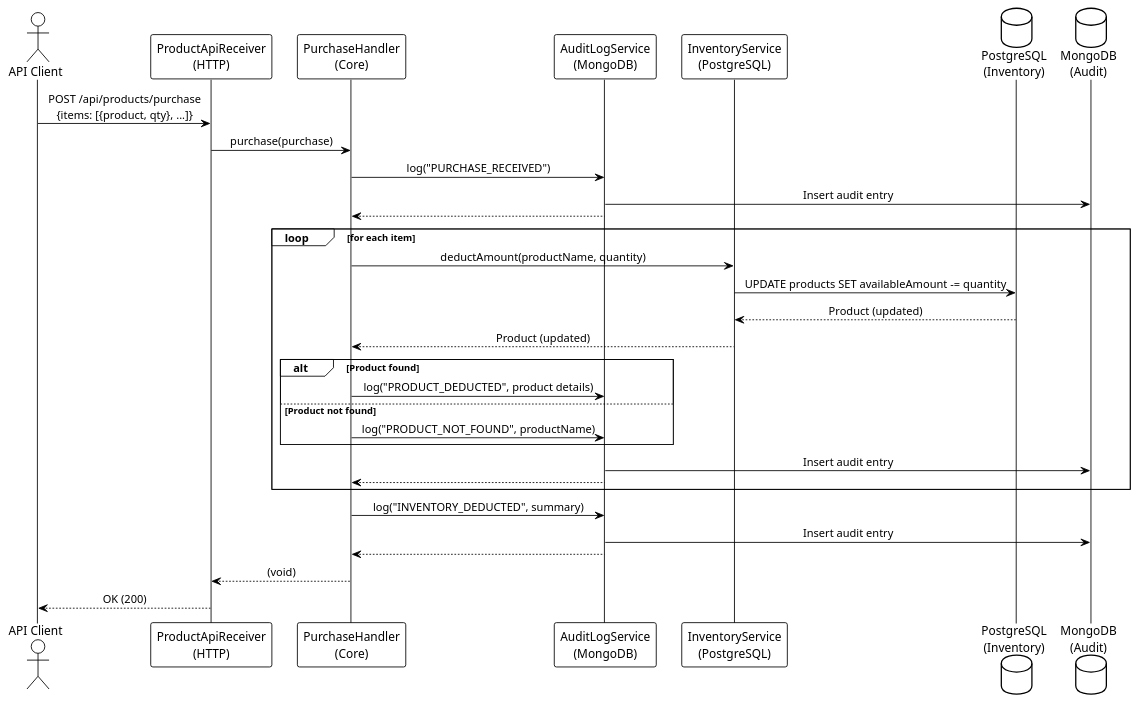
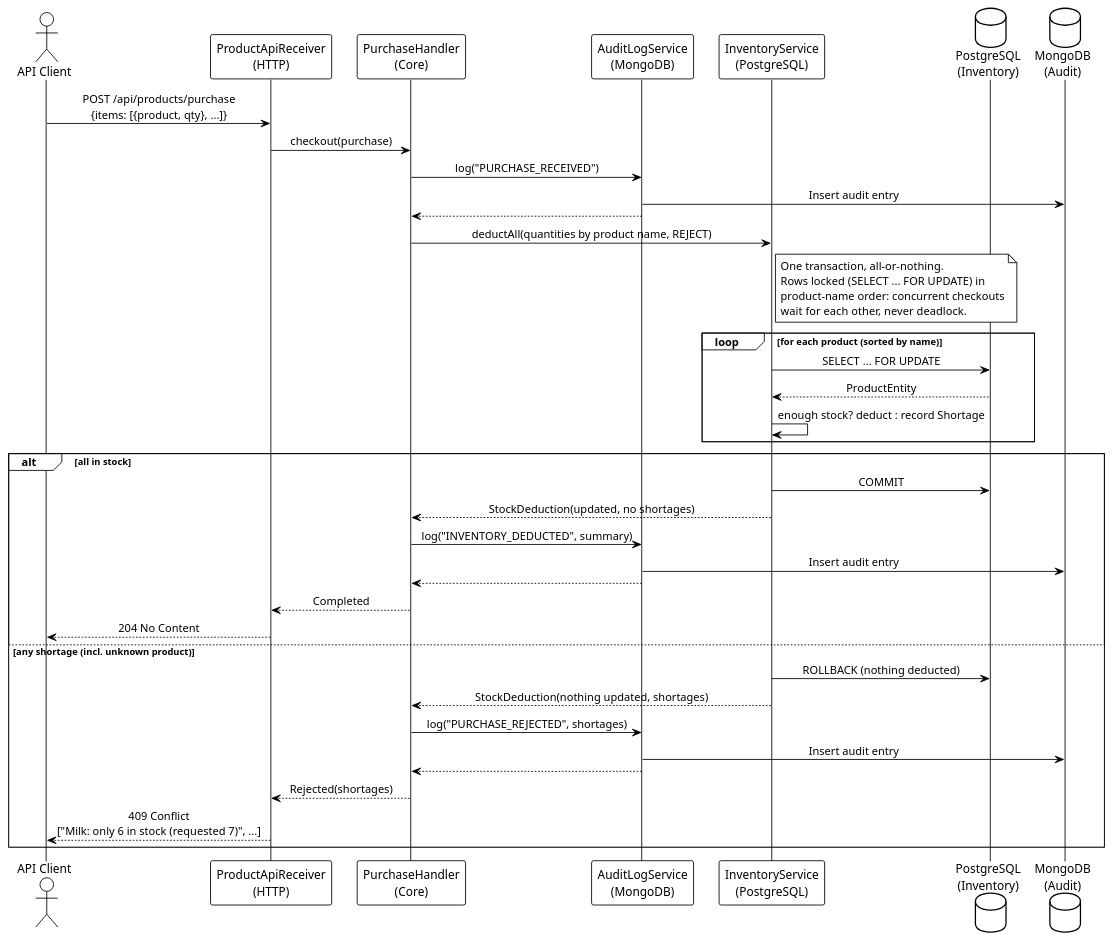
Before and after one commit to svene/2026-07-26_quarkus-hexagon-demo-mm-per-tech: the diagram in docs/architecture/flows/api-purchase.puml, drawn with PlantUML. The commit also changed 35 other files, not shown here.

```diff
--- a/docs/architecture/flows/api-purchase.puml
+++ b/docs/architecture/flows/api-purchase.puml
@@ -1,40 +1,50 @@
 @startuml api_purchase
 !theme plain
 skinparam sequenceMessageAlign center
 skinparam backgroundColor #ffffff
 
 actor "API Client" as user
 participant "ProductApiReceiver\n(HTTP)" as receiver
 participant "PurchaseHandler\n(Core)" as handler
 participant "AuditLogService\n(MongoDB)" as audit
 participant "InventoryService\n(PostgreSQL)" as inventory
 database "PostgreSQL\n(Inventory)" as db_inv
 database "MongoDB\n(Audit)" as db_audit
 
 user -> receiver: POST /api/products/purchase\n{items: [{product, qty}, ...]}
-receiver -> handler: purchase(purchase)
+receiver -> handler: checkout(purchase)
 handler -> audit: log("PURCHASE_RECEIVED")
 audit -> db_audit: Insert audit entry
 audit --> handler
 
-loop for each item
-  handler -> inventory: deductAmount(productName, quantity)
-  inventory -> db_inv: UPDATE products SET availableAmount -= quantity
-  db_inv --> inventory: Product (updated)
-  inventory --> handler: Product (updated)
-  alt Product found
-    handler -> audit: log("PRODUCT_DEDUCTED", product details)
-  else Product not found
-    handler -> audit: log("PRODUCT_NOT_FOUND", productName)
-  end
+handler -> inventory: deductAll(quantities by product name, REJECT)
+note right of inventory
+  One transaction, all-or-nothing.
+  Rows locked (SELECT ... FOR UPDATE) in
+  product-name order: concurrent checkouts
+  wait for each other, never deadlock.
+end note
+loop for each product (sorted by name)
+  inventory -> db_inv: SELECT ... FOR UPDATE
+  db_inv --> inventory: ProductEntity
+  inventory -> inventory: enough stock? deduct : record Shortage
+end
+alt all in stock
+  inventory -> db_inv: COMMIT
+  inventory --> handler: StockDeduction(updated, no shortages)
+  handler -> audit: log("INVENTORY_DEDUCTED", summary)
   audit -> db_audit: Insert audit entry
   audit --> handler
+  handler --> receiver: Completed
+  receiver --> user: 204 No Content
+else any shortage (incl. unknown product)
+  inventory -> db_inv: ROLLBACK (nothing deducted)
+  inventory --> handler: StockDeduction(nothing updated, shortages)
+  handler -> audit: log("PURCHASE_REJECTED", shortages)
+  audit -> db_audit: Insert audit entry
+  audit --> handler
+  handler --> receiver: Rejected(shortages)
+  receiver --> user: 409 Conflict\n["Milk: only 6 in stock (requested 7)", ...]
 end
 
-handler -> audit: log("INVENTORY_DEDUCTED", summary)
-audit -> db_audit: Insert audit entry
-audit --> handler
-handler --> receiver: (void)
-receiver --> user: OK (200)
-
 @enduml
```
